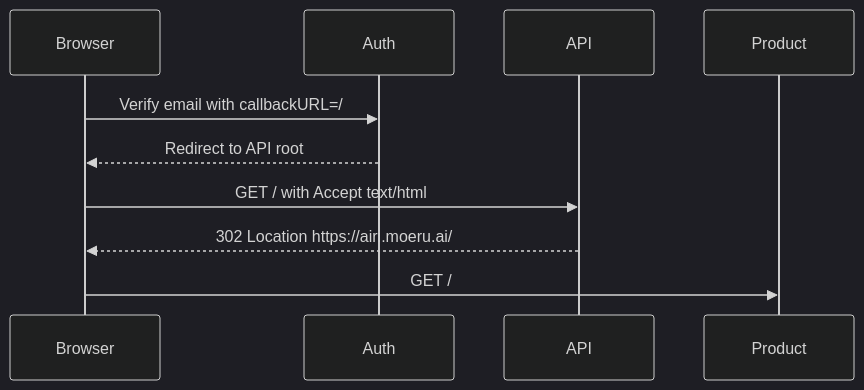
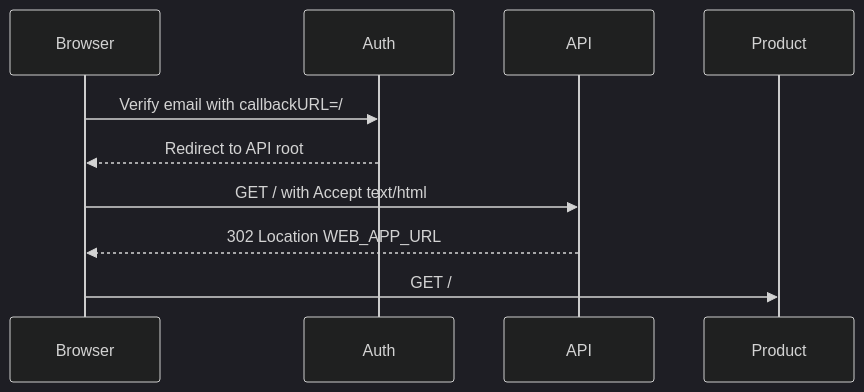
The second of 2 diagrams in server/docs/ai/adr/2026-09-30-api-root-browser-redirect.md (moeru-ai/airi), drawn with Mermaid (dark theme) before and after one commit. The commit also changed other lines of this file and 8 other files, not shown here.

````diff
--- a/server/docs/ai/adr/2026-09-30-api-root-browser-redirect.md
+++ b/server/docs/ai/adr/2026-09-30-api-root-browser-redirect.md
@@ -40,12 +40,12 @@
 ```mermaid
 sequenceDiagram
   participant Browser
   participant Auth
   participant API
   participant Product
   Browser->>Auth: Verify email with callbackURL=/
   Auth-->>Browser: Redirect to API root
   Browser->>API: GET / with Accept text/html
-  API-->>Browser: 302 Location https://airi.moeru.ai/
+  API-->>Browser: 302 Location WEB_APP_URL
   Browser->>Product: GET /
 ```
````
